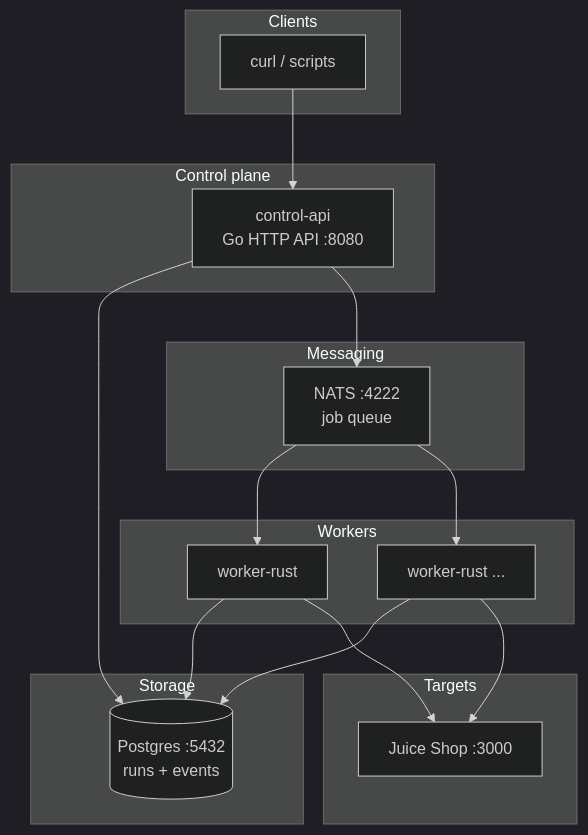
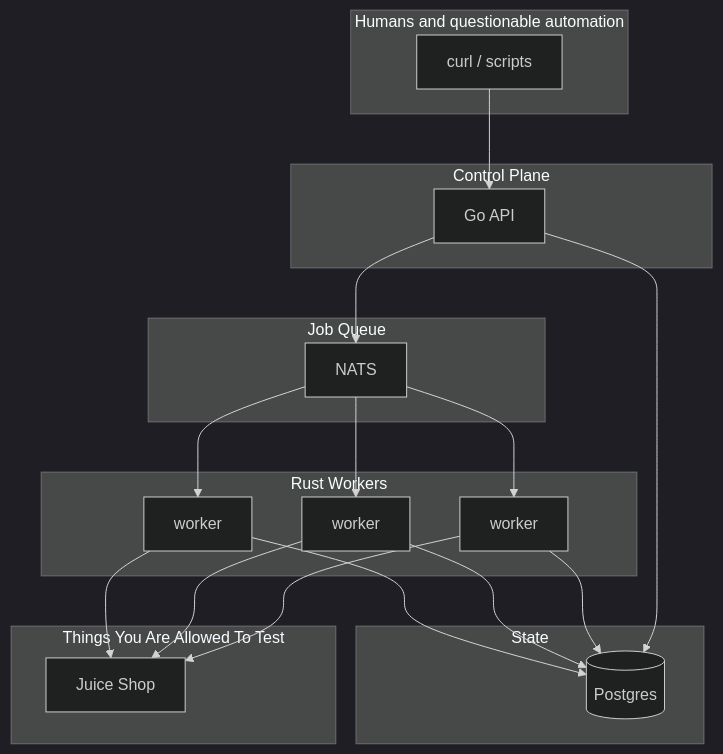
The first of 4 diagrams in README.md (AllanGallop/Hellion), drawn with Mermaid (dark theme) before and after one commit. The commit also changed other lines of this file and 14 other files, not shown here.

````diff
--- a/README.md
+++ b/README.md
@@ -9,37 +22,41 @@
 ```mermaid
 flowchart TB
-    subgraph clients [Clients]
+    subgraph clients [Humans and questionable automation]
         CLI[curl / scripts]
     end
 
-    subgraph control [Control plane]
-        API[control-api<br/>Go HTTP API :8080]
+    subgraph control [Control Plane]
+        API[Go API]
     end
 
-    subgraph messaging [Messaging]
-        NATS[NATS :4222<br/>job queue]
+    subgraph messaging [Job Queue]
+        NATS[NATS]
     end
 
-    subgraph storage [Storage]
-        PG[(Postgres :5432<br/>runs + events)]
+    subgraph storage [State]
+        PG[(Postgres)]
     end
 
-    subgraph workers [Workers]
-        W1[worker-rust]
-        W2[worker-rust ...]
+    subgraph workers [Rust Workers]
+        W1[worker]
+        W2[worker]
+        W3[worker]
     end
 
-    subgraph targets [Targets]
-        JS[Juice Shop :3000]
+    subgraph targets [Things You Are Allowed To Test]
+        JS[Juice Shop]
     end
 
     CLI --> API
     API --> PG
     API --> NATS
     NATS --> W1
     NATS --> W2
+    NATS --> W3
+    W1 --> JS
+    W2 --> JS
+    W3 --> JS
     W1 --> PG
     W2 --> PG
-    W1 --> JS
-    W2 --> JS
+    W3 --> PG
 ```
````
